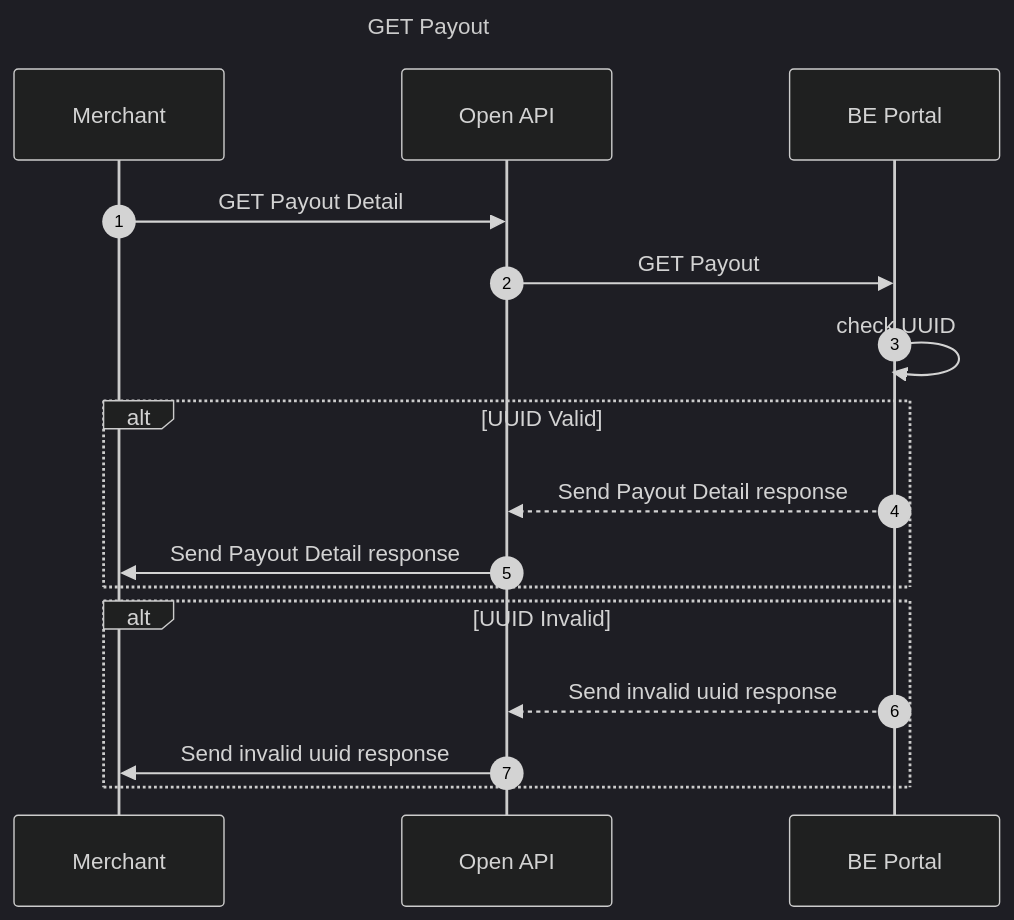
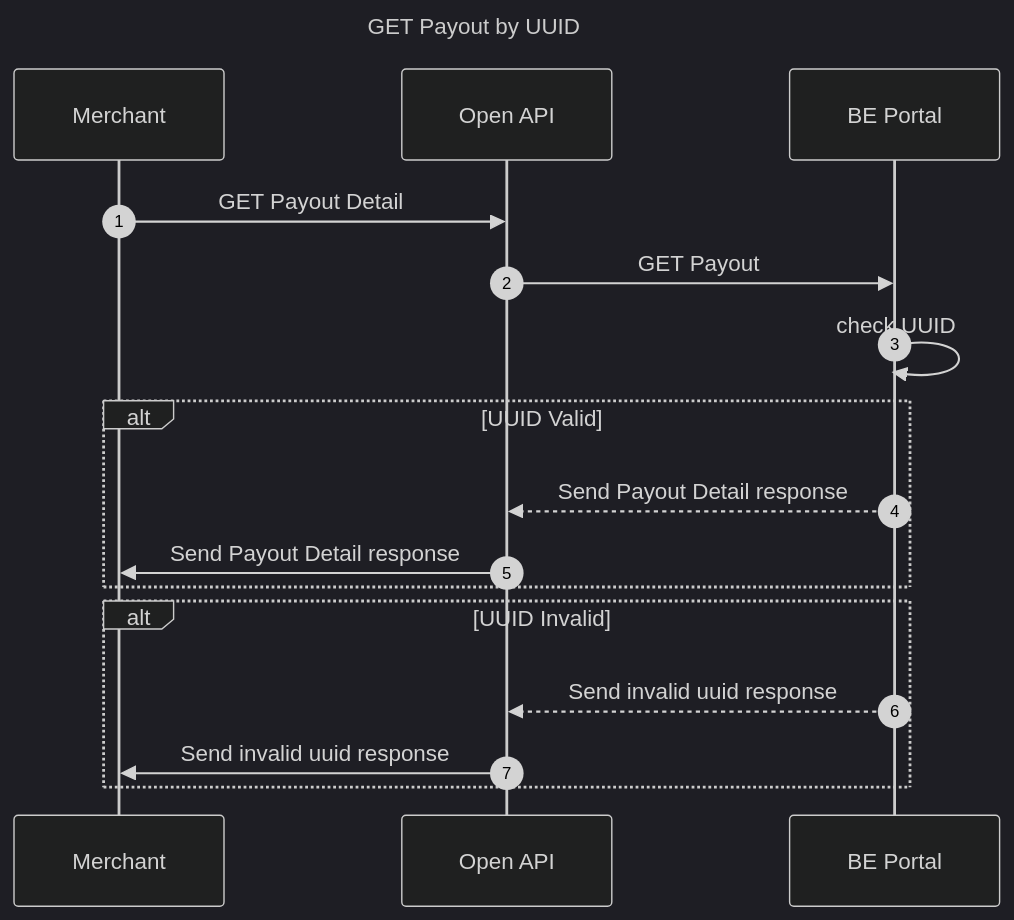
Before and after one commit to reforzaj/documentation: the diagram in get-payout.md, drawn with Mermaid (dark theme).

````diff
--- a/get-payout.md
+++ b/get-payout.md
@@ -1,20 +1,20 @@
 ``` mermaid
 sequenceDiagram
     autonumber
-    title: GET Payout
+    title: GET Payout by UUID
     participant a as Merchant
     participant b as Open API
     participant c as BE Portal
 
     a->>b: GET Payout Detail
     b->>c: GET Payout
     c->>c: check UUID
     alt UUID Valid
     c-->>b: Send Payout Detail response
     b->>a: Send Payout Detail response
     end
     alt UUID Invalid
     c-->>b: Send invalid uuid response
     b->>a: Send invalid uuid response
     end
 ```
````
